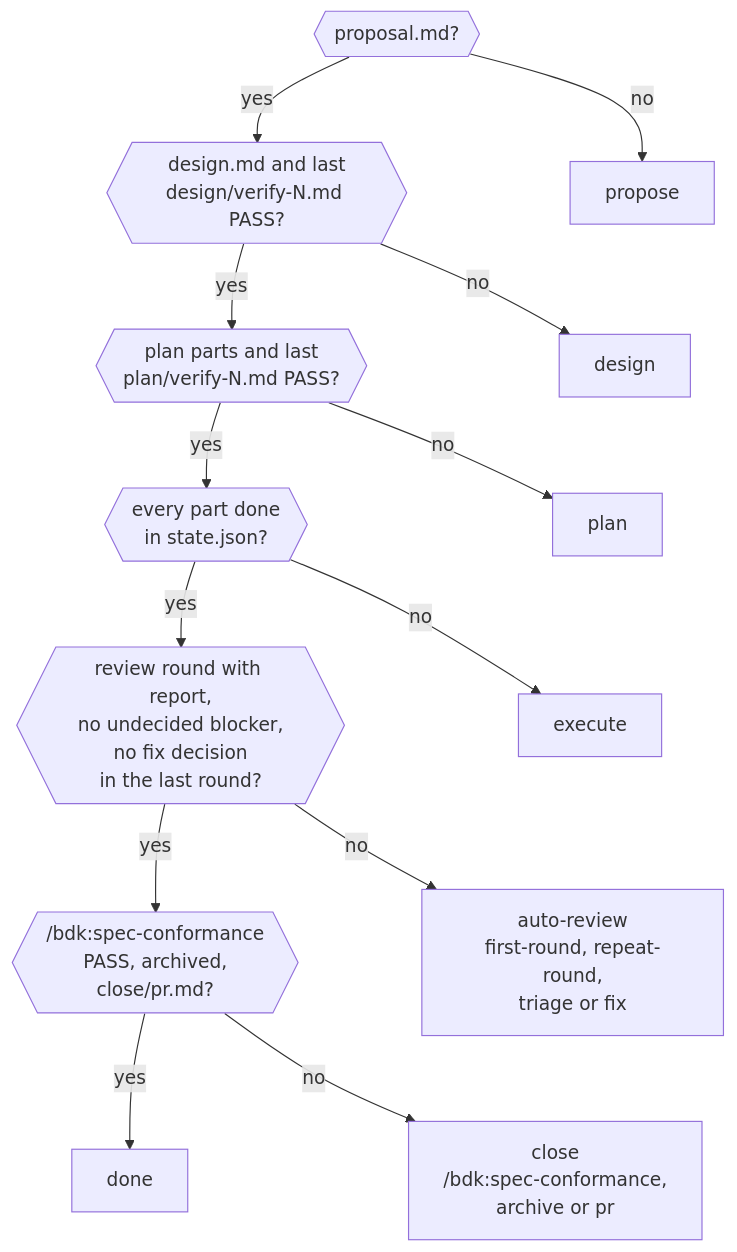
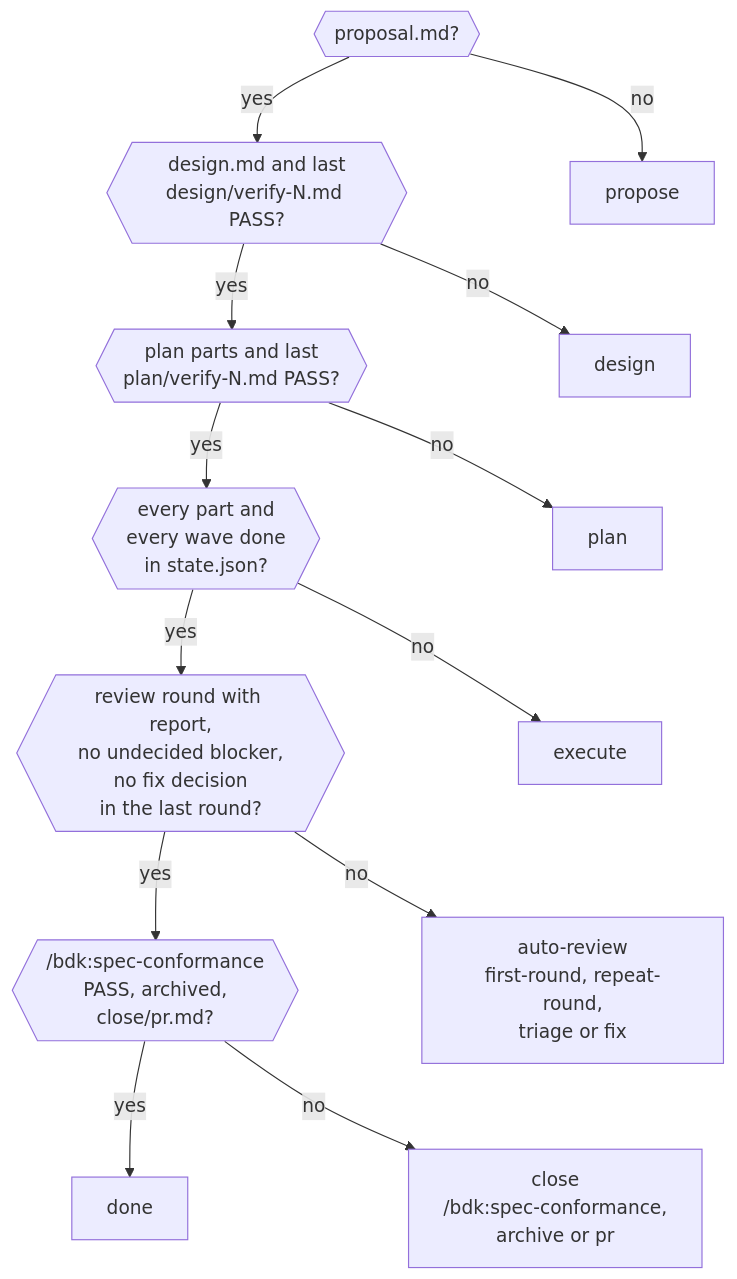
One commit to broneq/bdk changed the fifth of 5 diagrams in docs/concepts/run-state.md. Above: the diagram before and after it, drawn with Mermaid. The commit also changed other lines of this file and 14 other files, not shown here.

First line of the commit message:
docs(concepts): bring the diagrams up to date with the skills

````diff
--- a/docs/concepts/run-state.md
+++ b/docs/concepts/run-state.md
@@ -182,17 +194,17 @@
 ```mermaid
 flowchart TB
   R1{{"proposal.md?"}}
   R1 -->|"yes"| R2{{"design.md and last<br/>design/verify-N.md PASS?"}}
   R2 -->|"yes"| R3{{"plan parts and last<br/>plan/verify-N.md PASS?"}}
-  R3 -->|"yes"| R4{{"every part done<br/>in state.json?"}}
+  R3 -->|"yes"| R4{{"every part and<br/>every wave done<br/>in state.json?"}}
   R4 -->|"yes"| R5{{"review round with report,<br/>no undecided blocker,<br/>no fix decision<br/>in the last round?"}}
   R5 -->|"yes"| R6{{"/bdk:spec-conformance<br/>PASS, archived,<br/>close/pr.md?"}}
   R6 -->|"yes"| S7["done"]
   R1 -->|"no"| S1["propose"]
   R2 -->|"no"| S2["design"]
   R3 -->|"no"| S3["plan"]
   R4 -->|"no"| S4["execute"]
   R5 -->|"no"| S5["auto-review<br/>first-round, repeat-round,<br/>triage or fix"]
   R6 -->|"no"| S6["close<br/>/bdk:spec-conformance,<br/>archive or pr"]
   S1 ~~~ S2 ~~~ S3 ~~~ S4 ~~~ S5 ~~~ S6
 ```
````
